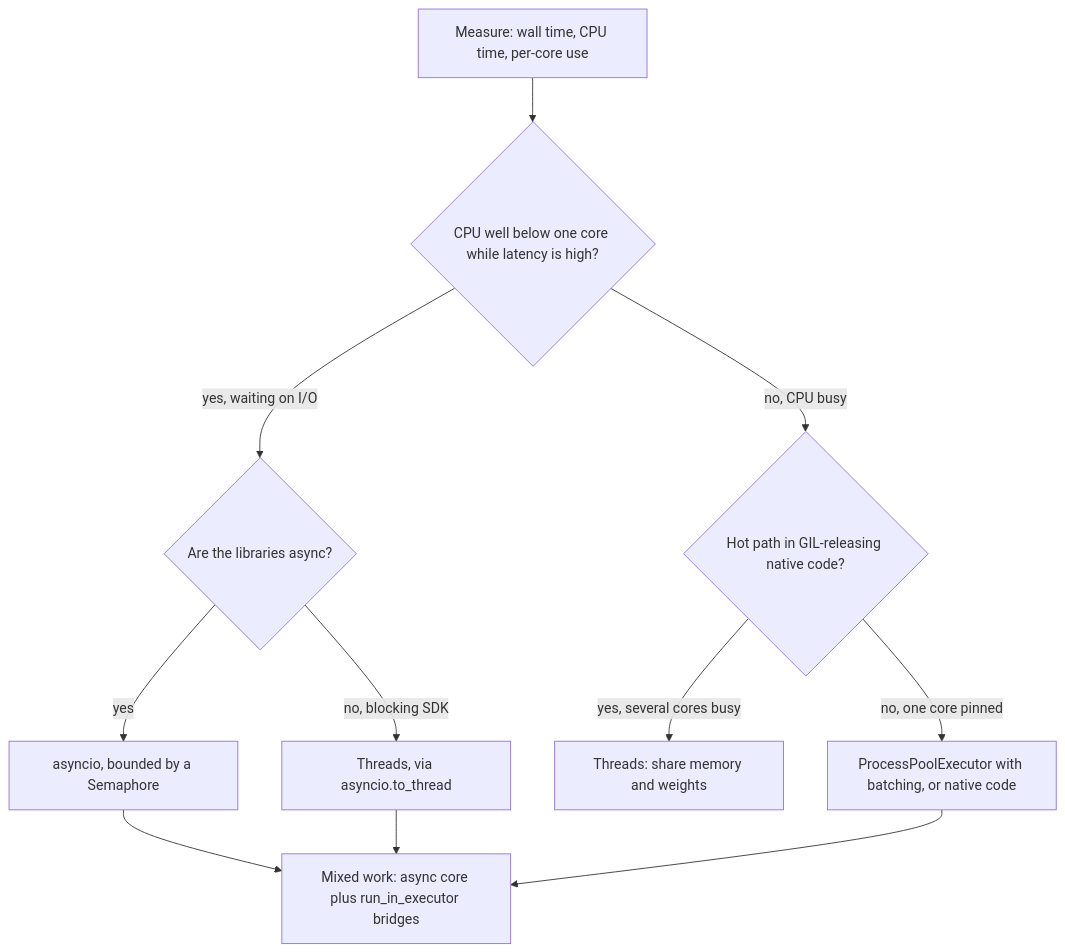
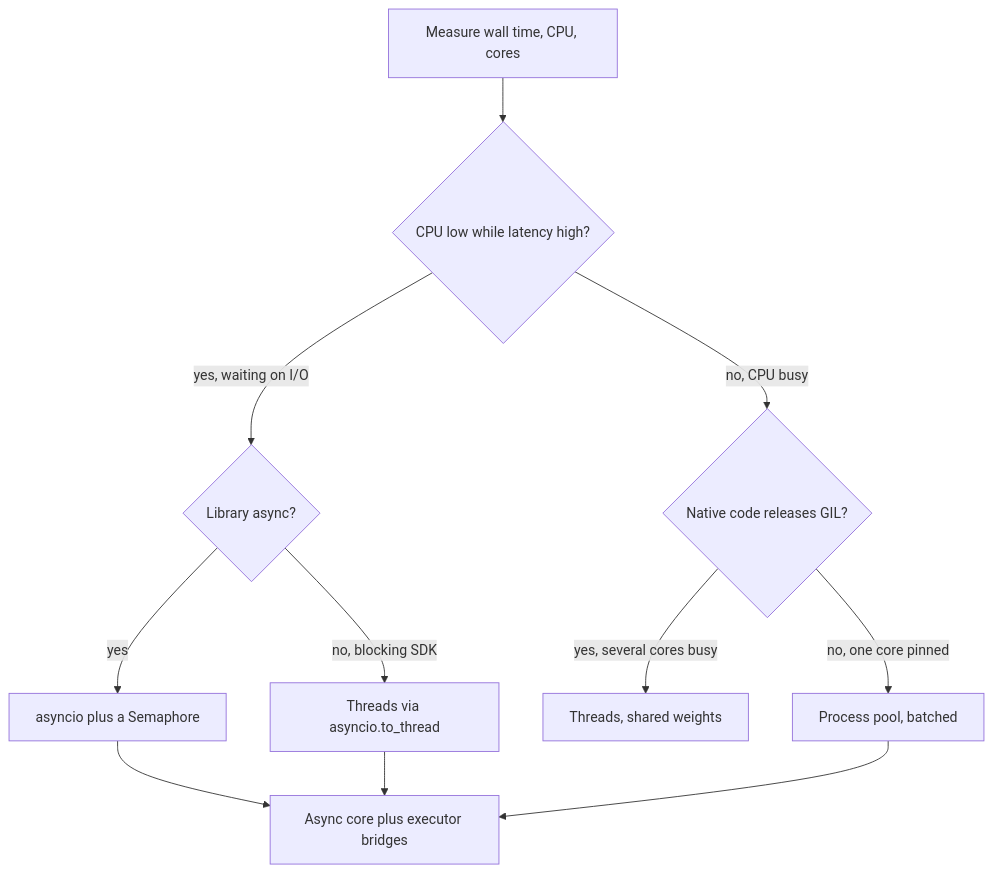
The diagram in content/python-for-ai/asyncio-vs-threads-vs-multiprocessing.md (lovishmahajan97/agentic-learning), drawn with Mermaid before and after one commit. The commit also changed other lines of this file and 266 other files, not shown here.

````diff
--- a/content/python-for-ai/asyncio-vs-threads-vs-multiprocessing.md
+++ b/content/python-for-ai/asyncio-vs-threads-vs-multiprocessing.md
@@ -116,13 +132,13 @@
 ```mermaid
 flowchart TD
-    M["Measure: wall time, CPU time, per-core use"] --> Q1{"CPU well below one core while latency is high?"}
-    Q1 -->|"yes, waiting on I/O"| Q2{"Are the libraries async?"}
-    Q2 -->|"yes"| A["asyncio, bounded by a Semaphore"]
-    Q2 -->|"no, blocking SDK"| T["Threads, via asyncio.to_thread"]
-    Q1 -->|"no, CPU busy"| Q3{"Hot path in GIL-releasing native code?"}
-    Q3 -->|"yes, several cores busy"| T2["Threads: share memory and weights"]
-    Q3 -->|"no, one core pinned"| P["ProcessPoolExecutor with batching, or native code"]
-    A --> MIX["Mixed work: async core plus run_in_executor bridges"]
+    M["Measure wall time, CPU, cores"] --> Q1{"CPU low while latency high?"}
+    Q1 -->|"yes, waiting on I/O"| Q2{"Library async?"}
+    Q2 -->|"yes"| A["asyncio plus a Semaphore"]
+    Q2 -->|"no, blocking SDK"| T["Threads via asyncio.to_thread"]
+    Q1 -->|"no, CPU busy"| Q3{"Native code releases GIL?"}
+    Q3 -->|"yes, several cores busy"| T2["Threads, shared weights"]
+    Q3 -->|"no, one core pinned"| P["Process pool, batched"]
+    A --> MIX["Async core plus executor bridges"]
     T --> MIX
     P --> MIX
 ```
````
